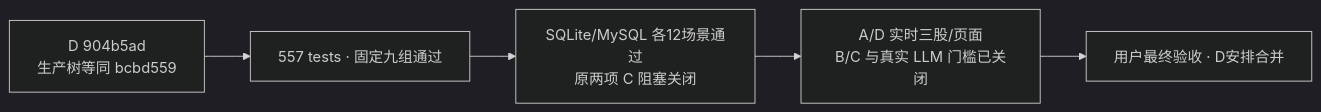
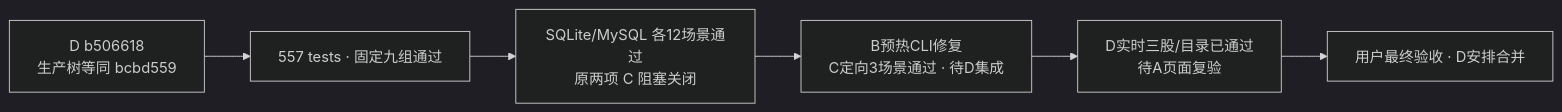
One commit to 27ye/ai-quant-platform changed the diagram in docs/C_PROGRESS.md. Above: the diagram before and after it, drawn with Mermaid (dark theme). The commit also changed other lines of this file and 3 other files, not shown here.

````diff
--- a/docs/C_PROGRESS.md
+++ b/docs/C_PROGRESS.md
@@ -7,7 +7,8 @@
 ```mermaid
 flowchart LR
-    D["D 904b5ad<br/>生产树等同 bcbd559"] --> C["557 tests · 固定九组通过"]
+    D["D b506618<br/>生产树等同 bcbd559"] --> C["557 tests · 固定九组通过"]
     C --> R["SQLite/MySQL 各12场景通过<br/>原两项 C 阻塞关闭"]
-    R --> A["A/D 实时三股/页面<br/>B/C 与真实 LLM 门槛已关闭"]
+    R --> W["B预热CLI修复<br/>C定向3场景通过 · 待D集成"]
+    W --> A["D实时三股/目录已通过<br/>待A页面复验"]
     A --> U["用户最终验收 · D安排合并"]
 ```
````
